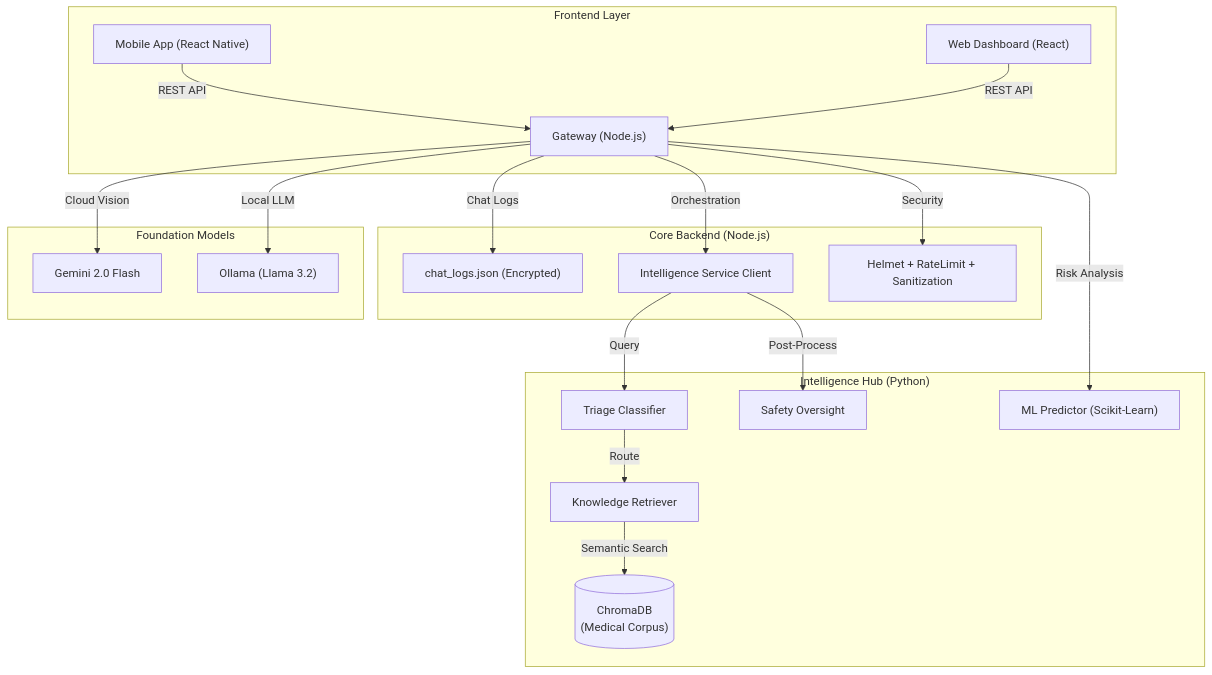
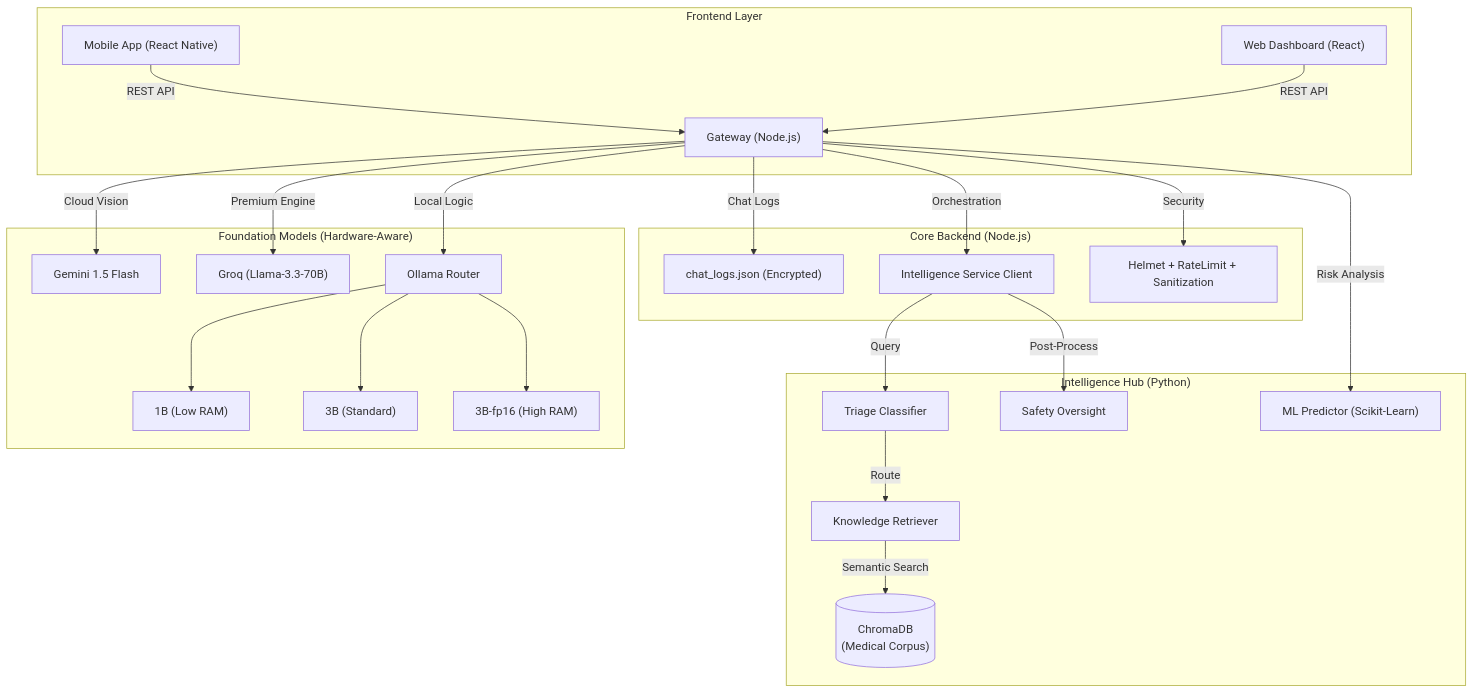
Before and after one commit to yashsrivastava1408/Aether-Clinic: the second of 3 diagrams in README.md, drawn with Mermaid. The commit also changed other lines of this file and 6 other files, not shown here.

````diff
--- a/README.md
+++ b/README.md
@@ -65,26 +63,30 @@
 ```mermaid
 graph TD
     subgraph "Frontend Layer"
         M["Mobile App (React Native)"] -->|REST API| G["Gateway (Node.js)"]
         W["Web Dashboard (React)"] -->|REST API| G
     end
 
     subgraph "Core Backend (Node.js)"
         G -->|Chat Logs| F["chat_logs.json (Encrypted)"]
         G -->|Orchestration| S["Intelligence Service Client"]
         G -->|Security| X["Helmet + RateLimit + Sanitization"]
     end
 
     subgraph "Intelligence Hub (Python)"
         S -->|Query| TC["Triage Classifier"]
         TC -->|Route| KR["Knowledge Retriever"]
         KR -->|Semantic Search| CDB[("ChromaDB\n(Medical Corpus)")]
         S -->|Post-Process| SO["Safety Oversight"]
         G -->|Risk Analysis| ML["ML Predictor (Scikit-Learn)"]
     end
 
-    subgraph "Foundation Models"
-        G -->|Cloud Vision| V["Gemini 2.0 Flash"]
-        G -->|Local LLM| L["Ollama (Llama 3.2)"]
+    subgraph "Foundation Models (Hardware-Aware)"
+        G -->|Cloud Vision| V["Gemini 1.5 Flash"]
+        G -->|Premium Engine| GR["Groq (Llama-3.3-70B)"]
+        G -->|Local Logic| L["Ollama Router"]
+        L --> Q1["1B (Low RAM)"]
+        L --> Q2["3B (Standard)"]
+        L --> Q3["3B-fp16 (High RAM)"]
     end
 ```
````
